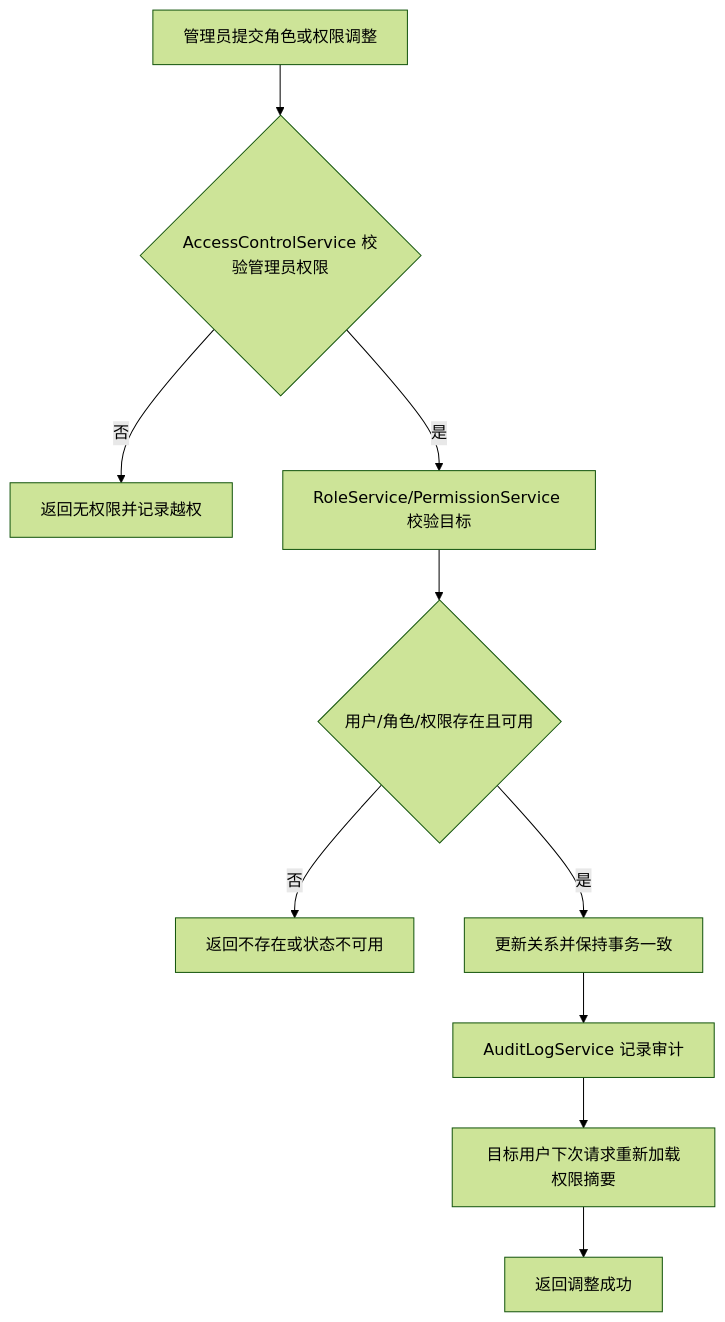
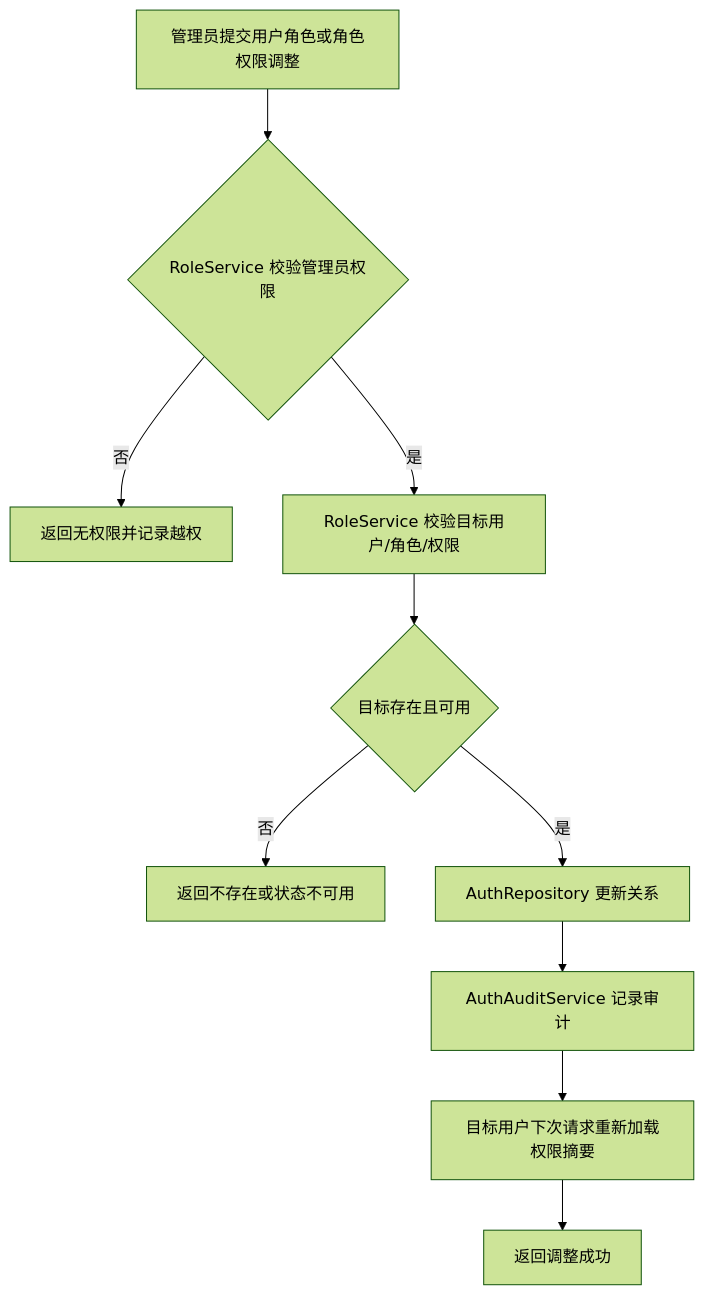
One commit to Cr4zyorange/OnlineJudge changed diagram 30 of 31 in docs/最终提交/软件概要设计说明书.md. Above: the diagram before and after it, drawn with Mermaid (forest theme). The commit also changed other lines of this file and 50 other files, not shown here.

First line of the commit message:
docs(auth): 按终审意见返工场景拆解、图组重绘与 E2E 断言

````diff
--- a/docs/最终提交/软件概要设计说明书.md
+++ b/docs/最终提交/软件概要设计说明书.md
@@ -2018,12 +2203,12 @@
 ```mermaid
 flowchart TD
-    Start[管理员提交角色或权限调整] --> Check{AccessControlService 校验管理员权限}
+    Start[管理员提交用户角色或角色权限调整] --> Check{RoleService 校验管理员权限}
     Check -->|否| Deny[返回无权限并记录越权]
-    Check -->|是| Load[RoleService/PermissionService 校验目标]
-    Load --> Valid{用户/角色/权限存在且可用}
+    Check -->|是| Load[RoleService 校验目标用户/角色/权限]
+    Load --> Valid{目标存在且可用}
     Valid -->|否| NotFound[返回不存在或状态不可用]
-    Valid -->|是| Update[更新关系并保持事务一致]
-    Update --> Audit[AuditLogService 记录审计]
+    Valid -->|是| Update[AuthRepository 更新关系]
+    Update --> Audit[AuthAuditService 记录审计]
     Audit --> Refresh[目标用户下次请求重新加载权限摘要]
     Refresh --> Done[返回调整成功]
 ```
````
